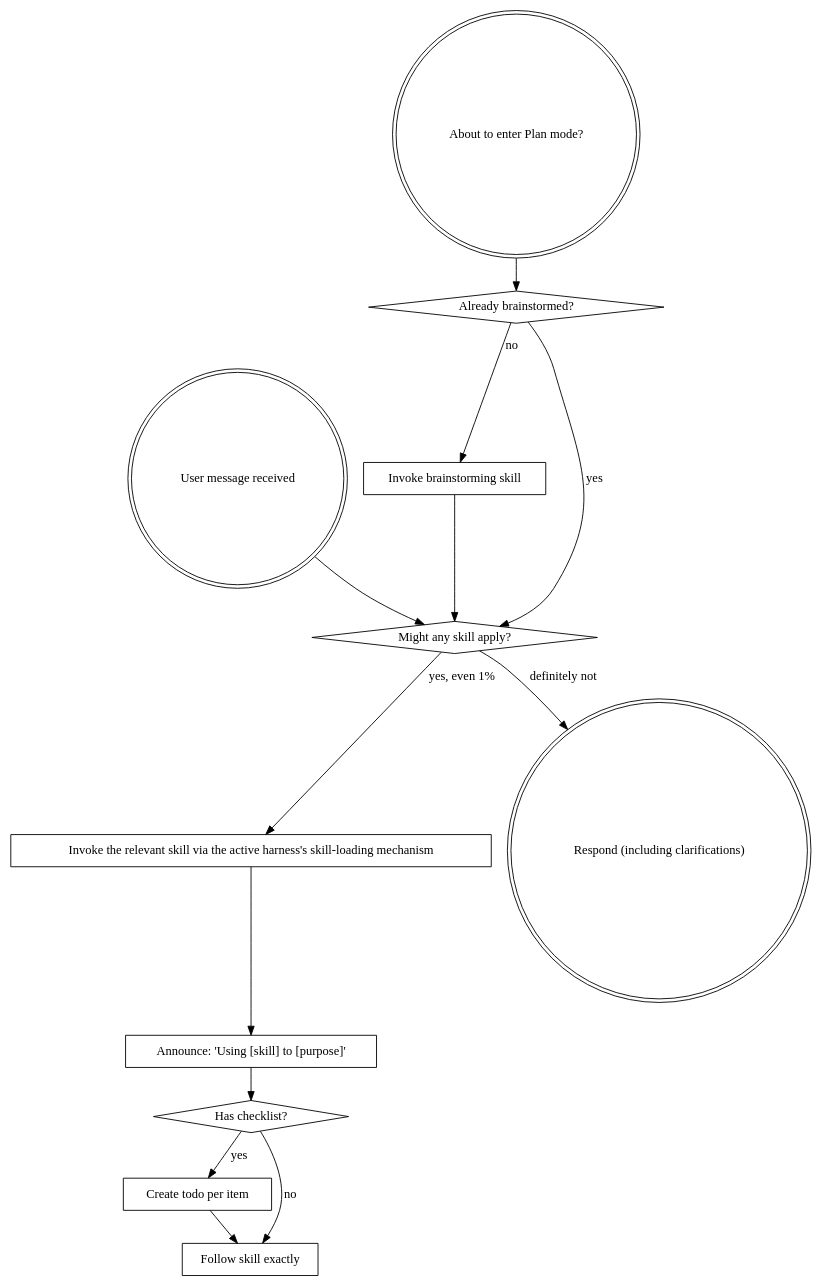
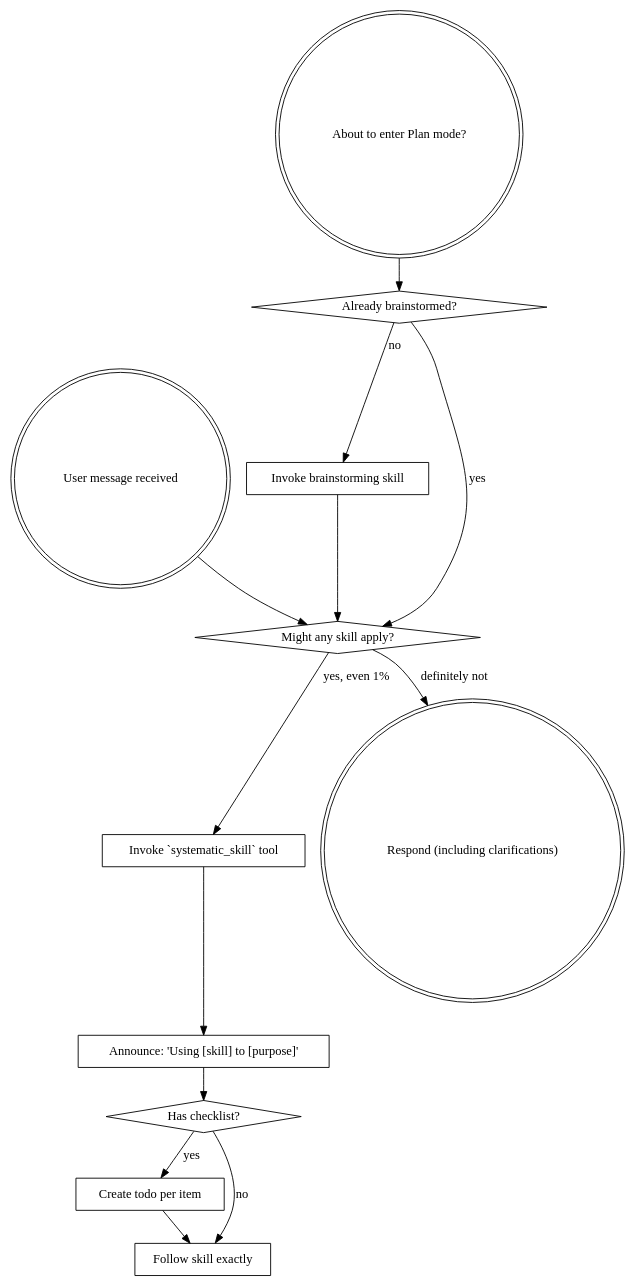
Before and after one commit to fro-bot/systematic: the diagram in components/using-systematic/skills/using-systematic/SKILL.md, drawn with Graphviz. The commit also changed other lines of this file and 616 other files, not shown here.

````diff
--- a/components/using-systematic/skills/using-systematic/SKILL.md
+++ b/components/using-systematic/skills/using-systematic/SKILL.md
@@ -38,29 +38,29 @@
 ```dot
 digraph skill_flow {
     "User message received" [shape=doublecircle];
     "About to enter Plan mode?" [shape=doublecircle];
     "Already brainstormed?" [shape=diamond];
     "Invoke brainstorming skill" [shape=box];
     "Might any skill apply?" [shape=diamond];
-    "Invoke the relevant skill via the active harness's skill-loading mechanism" [shape=box];
+    "Invoke `systematic_skill` tool" [shape=box];
     "Announce: 'Using [skill] to [purpose]'" [shape=box];
     "Has checklist?" [shape=diamond];
     "Create todo per item" [shape=box];
     "Follow skill exactly" [shape=box];
     "Respond (including clarifications)" [shape=doublecircle];
 
     "About to enter Plan mode?" -> "Already brainstormed?";
     "Already brainstormed?" -> "Invoke brainstorming skill" [label="no"];
     "Already brainstormed?" -> "Might any skill apply?" [label="yes"];
     "Invoke brainstorming skill" -> "Might any skill apply?";
 
     "User message received" -> "Might any skill apply?";
-    "Might any skill apply?" -> "Invoke the relevant skill via the active harness's skill-loading mechanism" [label="yes, even 1%"];
+    "Might any skill apply?" -> "Invoke `systematic_skill` tool" [label="yes, even 1%"];
     "Might any skill apply?" -> "Respond (including clarifications)" [label="definitely not"];
-    "Invoke the relevant skill via the active harness's skill-loading mechanism" -> "Announce: 'Using [skill] to [purpose]'";
+    "Invoke `systematic_skill` tool" -> "Announce: 'Using [skill] to [purpose]'";
     "Announce: 'Using [skill] to [purpose]'" -> "Has checklist?";
     "Has checklist?" -> "Create todo per item" [label="yes"];
     "Has checklist?" -> "Follow skill exactly" [label="no"];
     "Create todo per item" -> "Follow skill exactly";
 }
 ```
````
